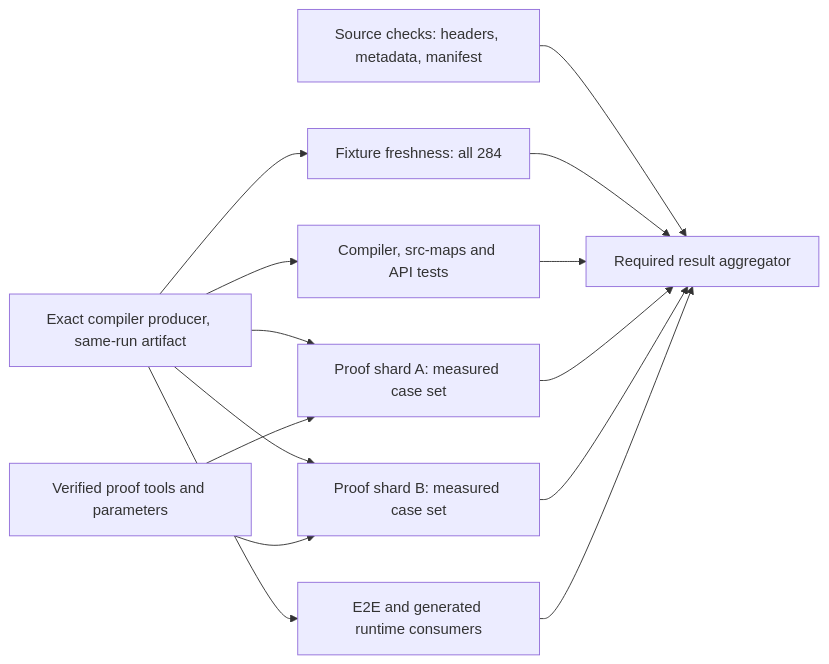
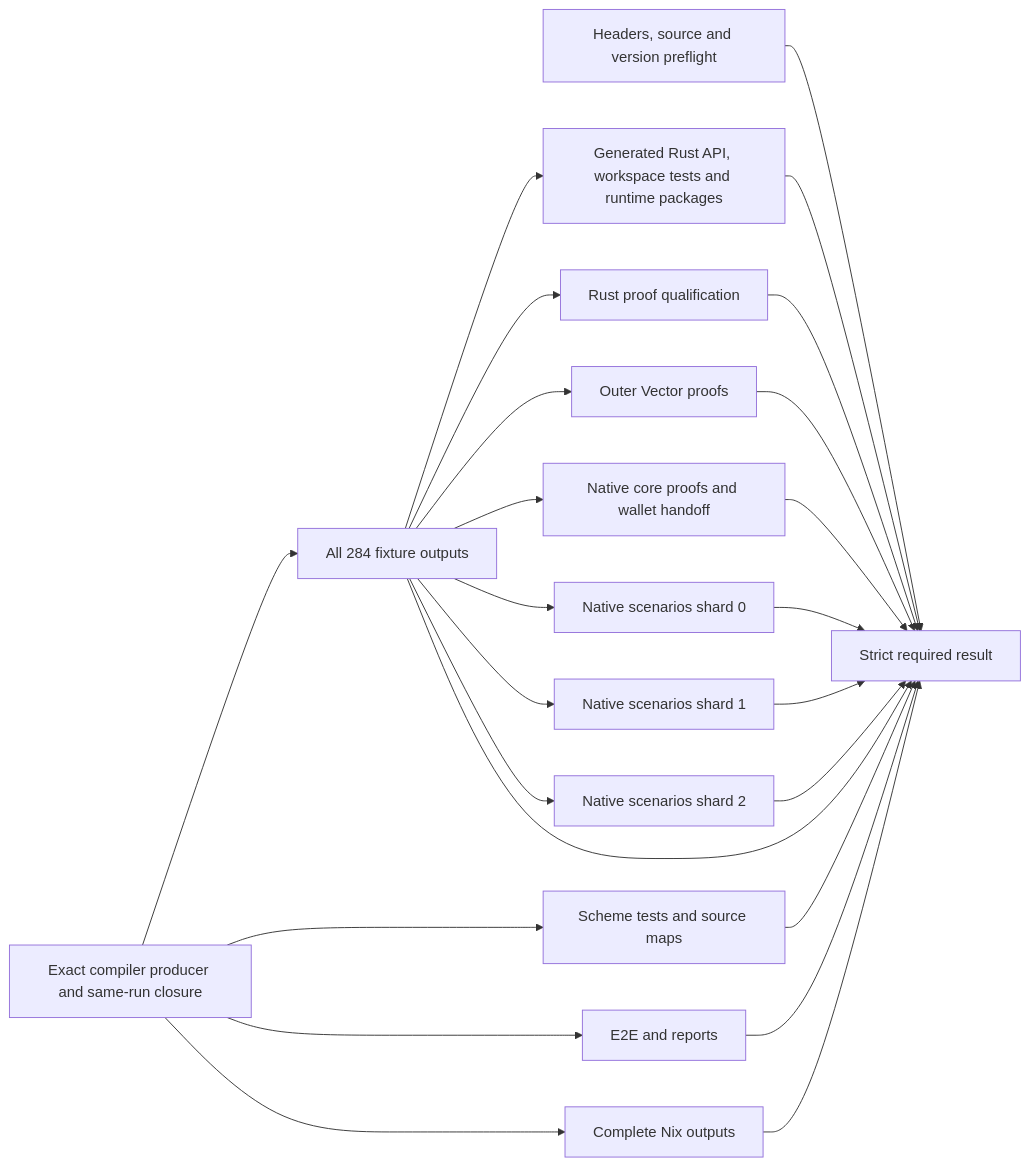
One commit to betsudo/compact changed the diagram in doc/rust/plans/ci-test-graph.md. Above: the diagram before and after it, drawn with Mermaid. The commit also changed other lines of this file and 4 other files, not shown here.

Commit message:
ci: isolate generated API, runtime and workspace controls from proofs

````diff
--- a/doc/rust/plans/ci-test-graph.md
+++ b/doc/rust/plans/ci-test-graph.md
@@ -47,16 +86,26 @@
 ```mermaid
 flowchart LR
-    S[Source checks: headers, metadata, manifest] --> G[Required result aggregator]
-    C[Exact compiler producer, same-run artifact] --> F[Fixture freshness: all 284]
-    C --> A[Compiler, src-maps and API tests]
-    C --> P1[Proof shard A: measured case set]
-    C --> P2[Proof shard B: measured case set]
-    C --> E[E2E and generated runtime consumers]
-    Z[Verified proof tools and parameters] --> P1
-    Z --> P2
+    S[Headers, source and version preflight] --> G[Strict required result]
+    C[Exact compiler producer and same-run closure] --> F[All 284 fixture outputs]
+    C --> T[Scheme tests and source maps]
+    C --> E[E2E and reports]
+    C --> N[Complete Nix outputs]
+    F --> A[Generated Rust API, workspace tests and runtime packages]
+    F --> P[Rust proof qualification]
+    F --> V[Outer Vector proofs]
+    F --> W[Native core proofs and wallet handoff]
+    F --> M0[Native scenarios shard 0]
+    F --> M1[Native scenarios shard 1]
+    F --> M2[Native scenarios shard 2]
     F --> G
+    T --> G
+    E --> G
+    N --> G
     A --> G
-    P1 --> G
-    P2 --> G
-    E --> G
+    P --> G
+    V --> G
+    W --> G
+    M0 --> G
+    M1 --> G
+    M2 --> G
 ```
````
